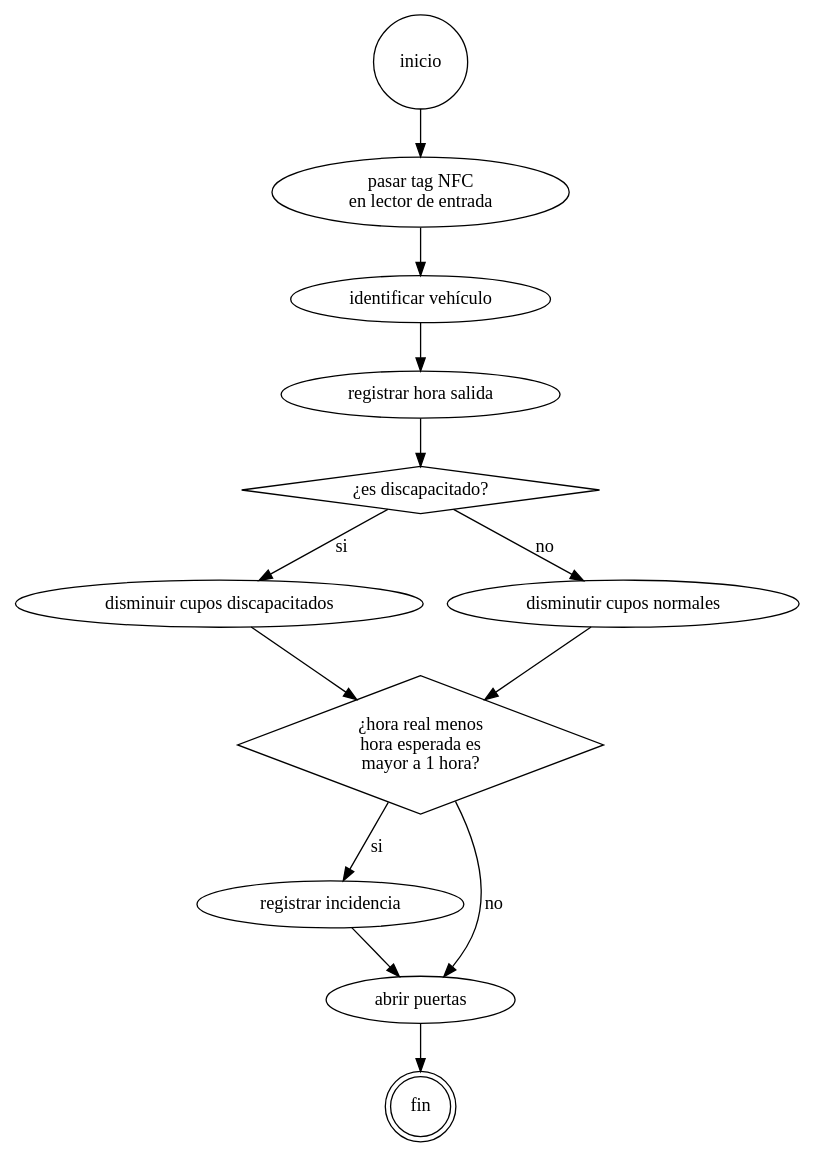
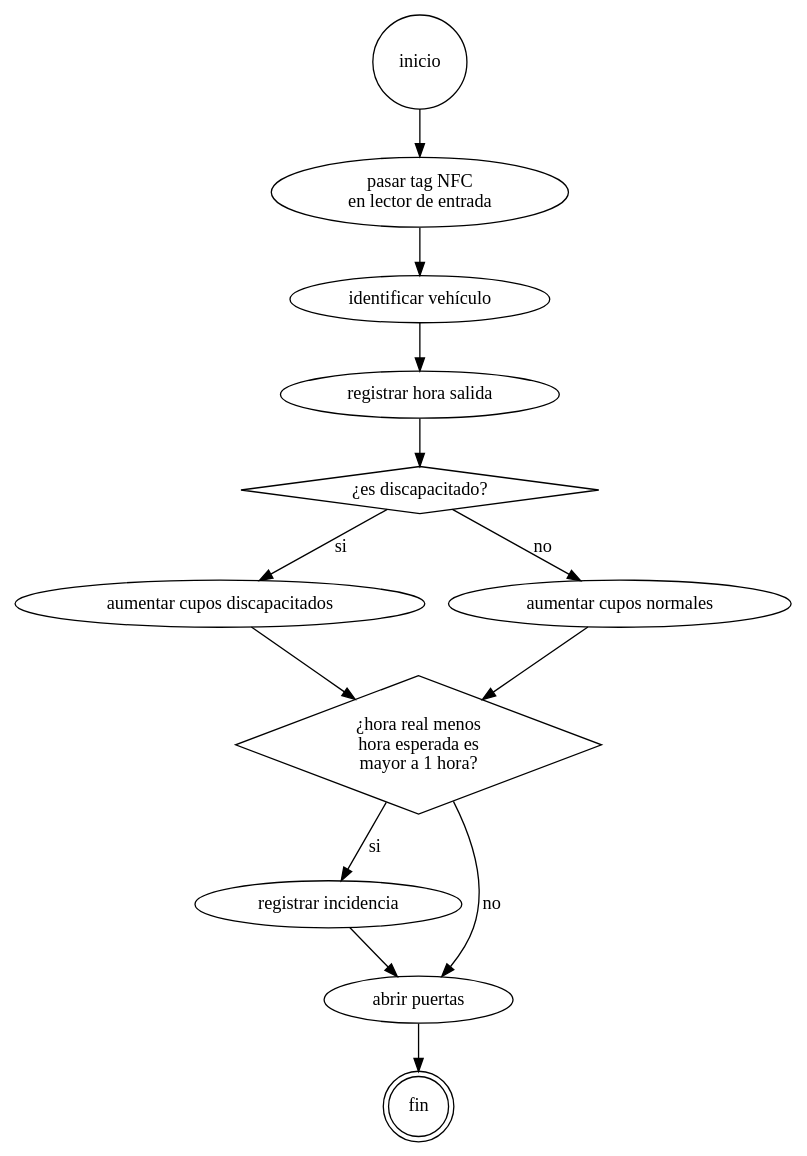
Before and after one commit to udistrital/parqueaderos-integrado: the diagram in src/diagramas/salida_automovil.gv, drawn with Graphviz. The commit also changed 3 other files, not shown here.

Commit message:
Se corrigen diagramas de acuerdo a reunión con recursos físicos

```diff
--- a/src/diagramas/salida_automovil.gv
+++ b/src/diagramas/salida_automovil.gv
@@ -1,34 +1,34 @@
 /*
   Proceso de Salida de Vehículo Automóvil.
   Author: Jorge Ulises Useche Cuellar
 */
 
 digraph SalidaVehiculo {
   inicio -> tag_nfc -> id_veh -> reg_salida -> es_disca;
   es_disca -> cupos_disc_l1 [label="si"];
   es_disca -> cupos_norm_l1 [label="no"];
 
   cupos_disc_l1 -> resta_real_esper;
   cupos_norm_l1 -> resta_real_esper;
 
   resta_real_esper -> reg_incidencia [label="si"];
   resta_real_esper -> abrir_puertas [label="no"];
 
   reg_incidencia -> abrir_puertas;
 
   abrir_puertas -> fin;
 
   tag_nfc [label="pasar tag NFC\nen lector de entrada"];
   id_veh [label="identificar vehículo"];
   reg_salida [label="registrar hora salida"];
   es_disca [label="¿es discapacitado?"];
-  cupos_disc_l1 [label="disminuir cupos discapacitados"];
-  cupos_norm_l1 [label="disminutir cupos normales"];
+  cupos_disc_l1 [label="aumentar cupos discapacitados"];
+  cupos_norm_l1 [label="aumentar cupos normales"];
   resta_real_esper [label="¿hora real menos\nhora esperada es\nmayor a 1 hora?"];
   reg_incidencia [label="registrar incidencia"];
   abrir_puertas [label="abrir puertas"];
 
   inicio [shape=circle];
   es_disca, resta_real_esper [shape=diamond];
   fin [shape=doublecircle];
 }
```
